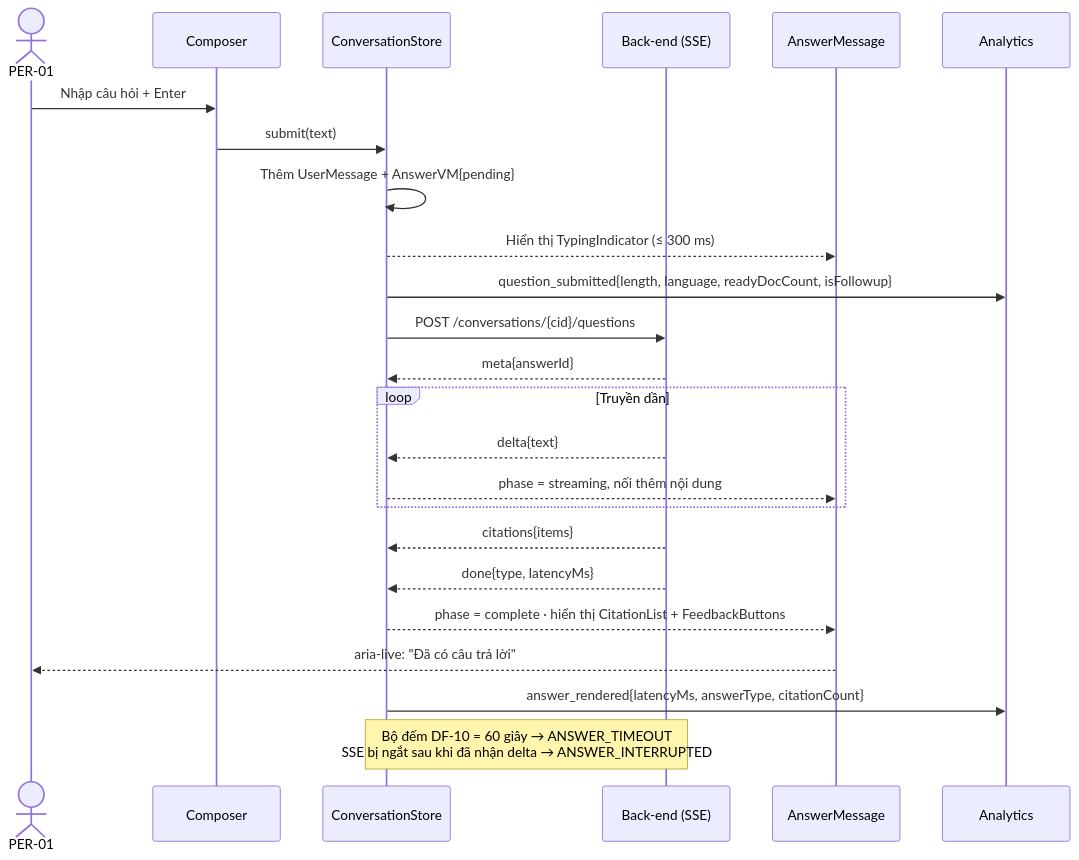
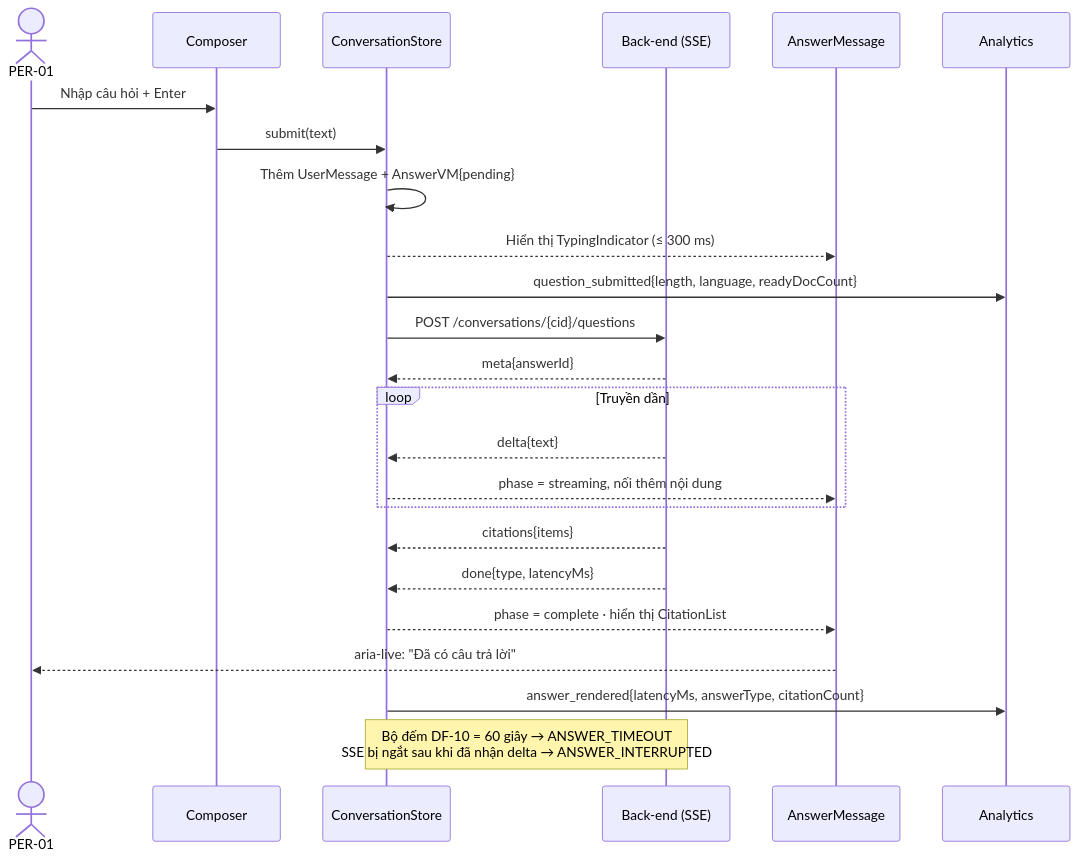
One commit to mdat1701/chat_with_document changed the sixth of 9 diagrams in docs/design/SDD_UI_UX_Blueprint.md. Above: the diagram before and after it, drawn with Mermaid. The commit also changed other lines of this file and 126 other files, not shown here.

````diff
--- a/docs/design/SDD_UI_UX_Blueprint.md
+++ b/docs/design/SDD_UI_UX_Blueprint.md
@@ -569,27 +537,27 @@
 ```mermaid
 sequenceDiagram
     actor U as PER-01
     participant C as Composer
     participant S as ConversationStore
     participant API as Back-end (SSE)
     participant A as AnswerMessage
     participant T as Analytics
 
     U->>C: Nhập câu hỏi + Enter
     C->>S: submit(text)
     S->>S: Thêm UserMessage + AnswerVM{pending}
     S-->>A: Hiển thị TypingIndicator (≤ 300 ms)
-    S->>T: question_submitted{length, language, readyDocCount, isFollowup}
+    S->>T: question_submitted{length, language, readyDocCount}
     S->>API: POST /conversations/{cid}/questions
     API-->>S: meta{answerId}
     loop Truyền dần
         API-->>S: delta{text}
         S-->>A: phase = streaming, nối thêm nội dung
     end
     API-->>S: citations{items}
     API-->>S: done{type, latencyMs}
-    S-->>A: phase = complete · hiển thị CitationList + FeedbackButtons
+    S-->>A: phase = complete · hiển thị CitationList
     A-->>U: aria-live: "Đã có câu trả lời"
     S->>T: answer_rendered{latencyMs, answerType, citationCount}
     Note over S,API: Bộ đếm DF-10 = 60 giây → ANSWER_TIMEOUT<br/>SSE bị ngắt sau khi đã nhận delta → ANSWER_INTERRUPTED
 ```
````
